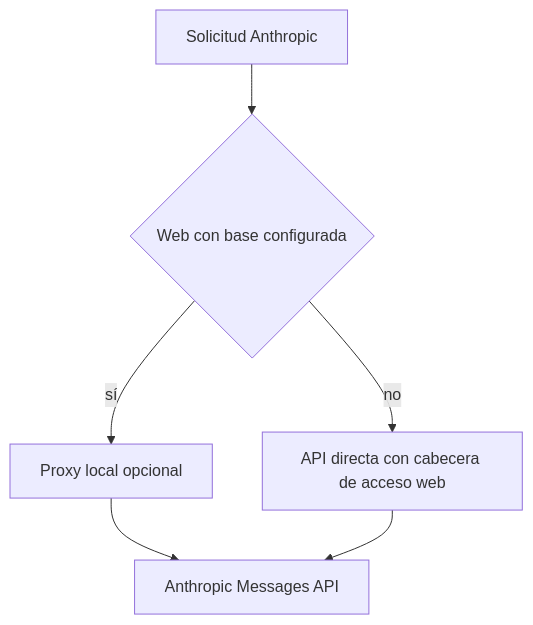
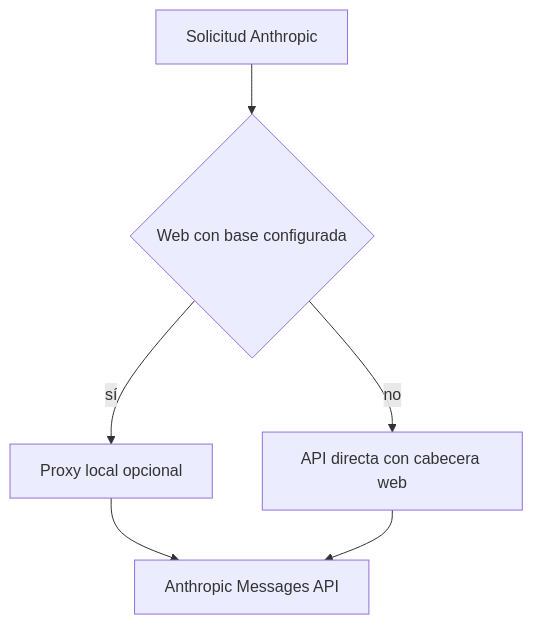
The second of 2 diagrams in openwiki/agent/provider-configuration.md (maximofn/gymnasia), drawn with Mermaid before and after one commit. The commit also changed other lines of this file and 49 other files, not shown here.

````diff
--- a/openwiki/agent/provider-configuration.md
+++ b/openwiki/agent/provider-configuration.md
@@ -123,8 +133,8 @@
 ```mermaid
 flowchart TD
     Start["Solicitud Anthropic"] --> Web{"Web con base configurada"}
     Web -->|"sí"| Proxy["Proxy local opcional"]
     Proxy --> Api["Anthropic Messages API"]
-    Web -->|"no"| Directo["API directa con cabecera de acceso web"]
+    Web -->|"no"| Directo["API directa con cabecera web"]
     Directo --> Api
 ```
````
